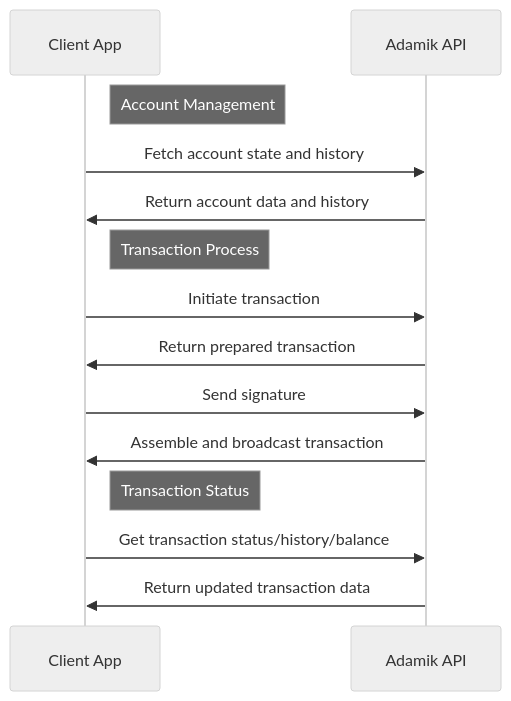
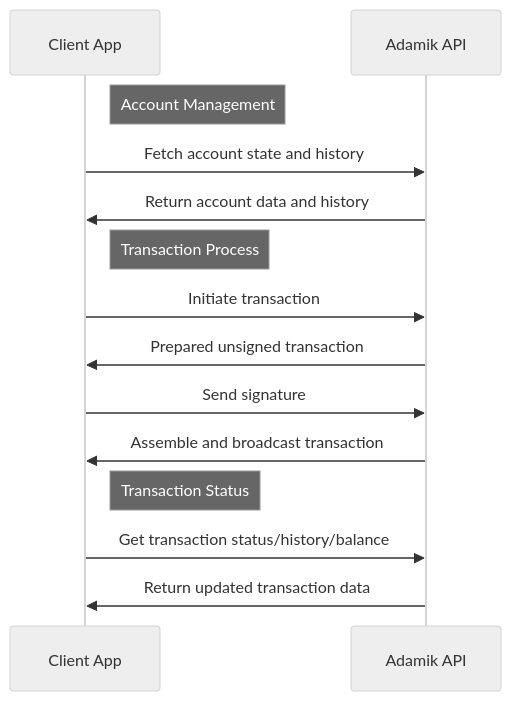
The diagram in get_started/overview.mdx (AdamikHQ/adamik-documentation), drawn with Mermaid (neutral theme) before and after one commit.

````diff
--- a/get_started/overview.mdx
+++ b/get_started/overview.mdx
@@ -12,22 +12,22 @@
 ```mermaid
 sequenceDiagram
     participant CLIENT as Client App
     participant ADAMIK as Adamik API
 
     %% Account Management %%
     Note right of CLIENT: Account Management
     CLIENT->>ADAMIK: Fetch account state and history
     ADAMIK->>CLIENT: Return account data and history
 
     %% Transaction Process %%
     Note right of CLIENT: Transaction Process
     CLIENT->>ADAMIK: Initiate transaction
-    ADAMIK->>CLIENT: Return prepared transaction
+    ADAMIK->>CLIENT: Prepared unsigned transaction
     CLIENT->>ADAMIK: Send signature
     ADAMIK->>CLIENT: Assemble and broadcast transaction
 
     %% Transaction Status %%
     Note right of CLIENT: Transaction Status
     CLIENT->>ADAMIK: Get transaction status/history/balance
     ADAMIK->>CLIENT: Return updated transaction data
 ```
````
